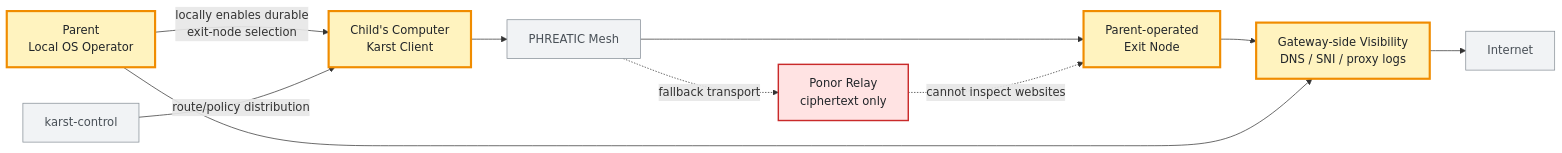
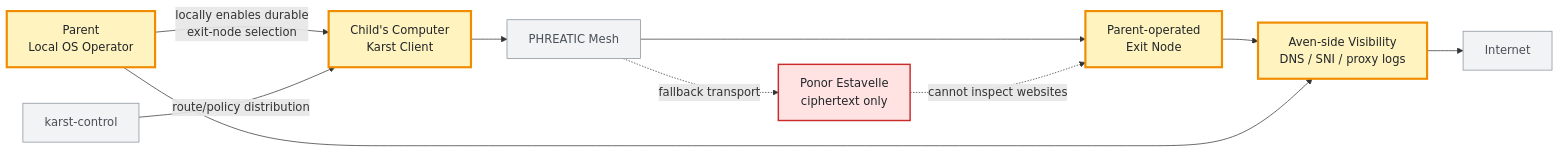
The fifth of 9 diagrams in docs/CUSTOMER-SCENARIOS.md (karst-net/karst), drawn with Mermaid before and after one commit. The commit also changed other lines of this file and 474 other files, not shown here.

First line of the commit message:
Rename AVEN/Relay/Gateway to Resurgence/Estavelle/Aven (ADR-0069) (#557)

````diff
--- a/docs/CUSTOMER-SCENARIOS.md
+++ b/docs/CUSTOMER-SCENARIOS.md
@@ -320,25 +320,25 @@
 ```mermaid
 flowchart LR
     Child["Child's Computer<br/>Karst Client"]
     Mesh["PHREATIC Mesh"]
     Exit["Parent-operated<br/>Exit Node"]
-    Monitor["Gateway-side Visibility<br/>DNS / SNI / proxy logs"]
+    Monitor["Aven-side Visibility<br/>DNS / SNI / proxy logs"]
     Internet["Internet"]
-    Relay["Ponor Relay<br/>ciphertext only"]
+    Estavelle["Ponor Estavelle<br/>ciphertext only"]
     Parent["Parent<br/>Local OS Operator"]
     Control["karst-control"]
 
     Child --> Mesh --> Exit --> Monitor --> Internet
-    Mesh -.->|"fallback transport"| Relay
-    Relay -.->|"cannot inspect websites"| Exit
+    Mesh -.->|"fallback transport"| Estavelle
+    Estavelle -.->|"cannot inspect websites"| Exit
     Parent -->|"locally enables durable<br/>exit-node selection"| Child
     Parent --> Monitor
     Control -->|"route/policy distribution"| Child
 
     classDef focus fill:#fff3bf,stroke:#f08c00,stroke-width:3px,color:#212529;
     classDef context fill:#f1f3f5,stroke:#868e96,color:#495057;
     classDef no fill:#ffe3e3,stroke:#c92a2a,stroke-width:2px,color:#212529;
     class Child,Exit,Monitor,Parent focus;
     class Mesh,Control,Internet context;
-    class Relay no;
+    class Estavelle no;
 ```
````
